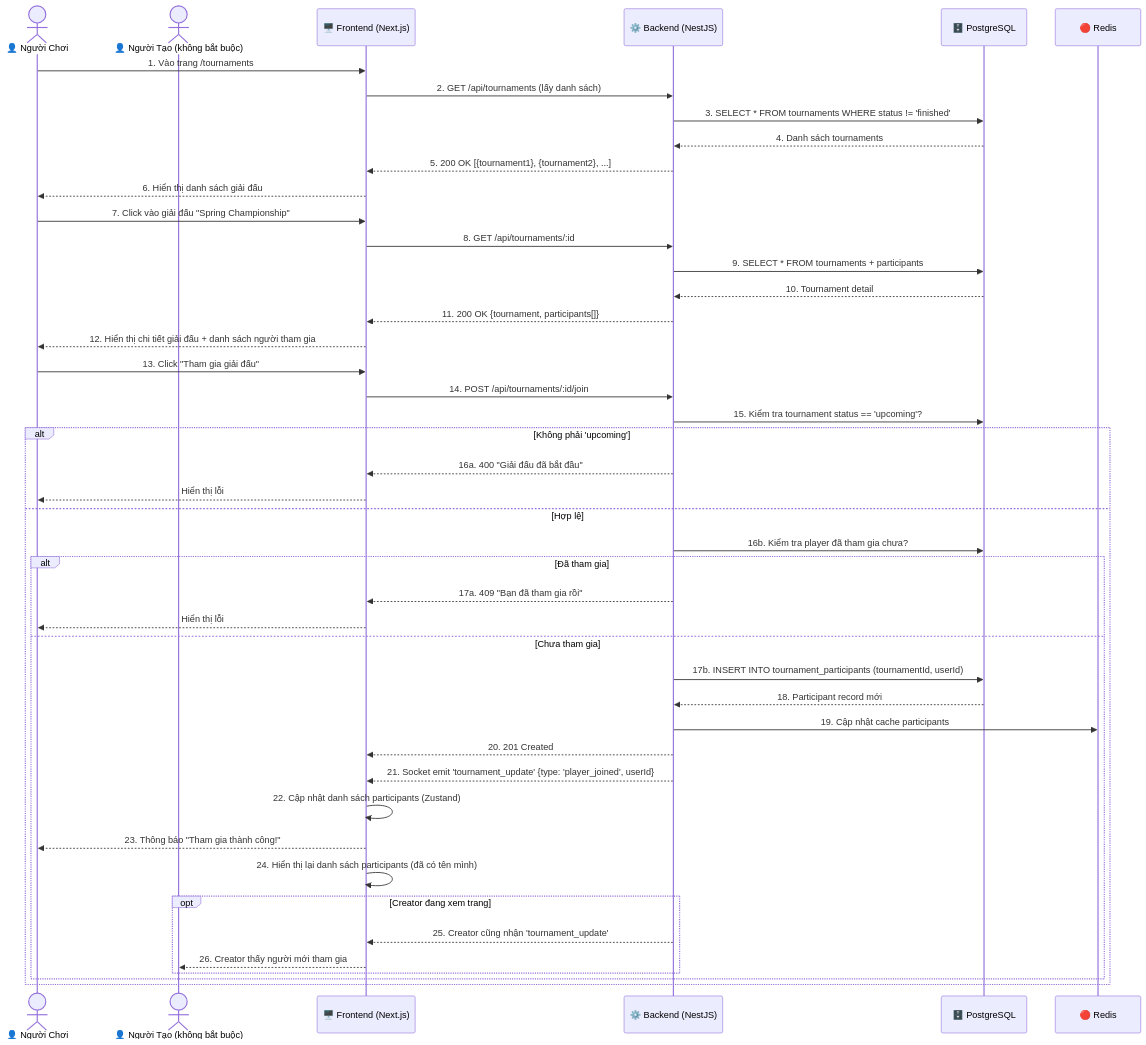
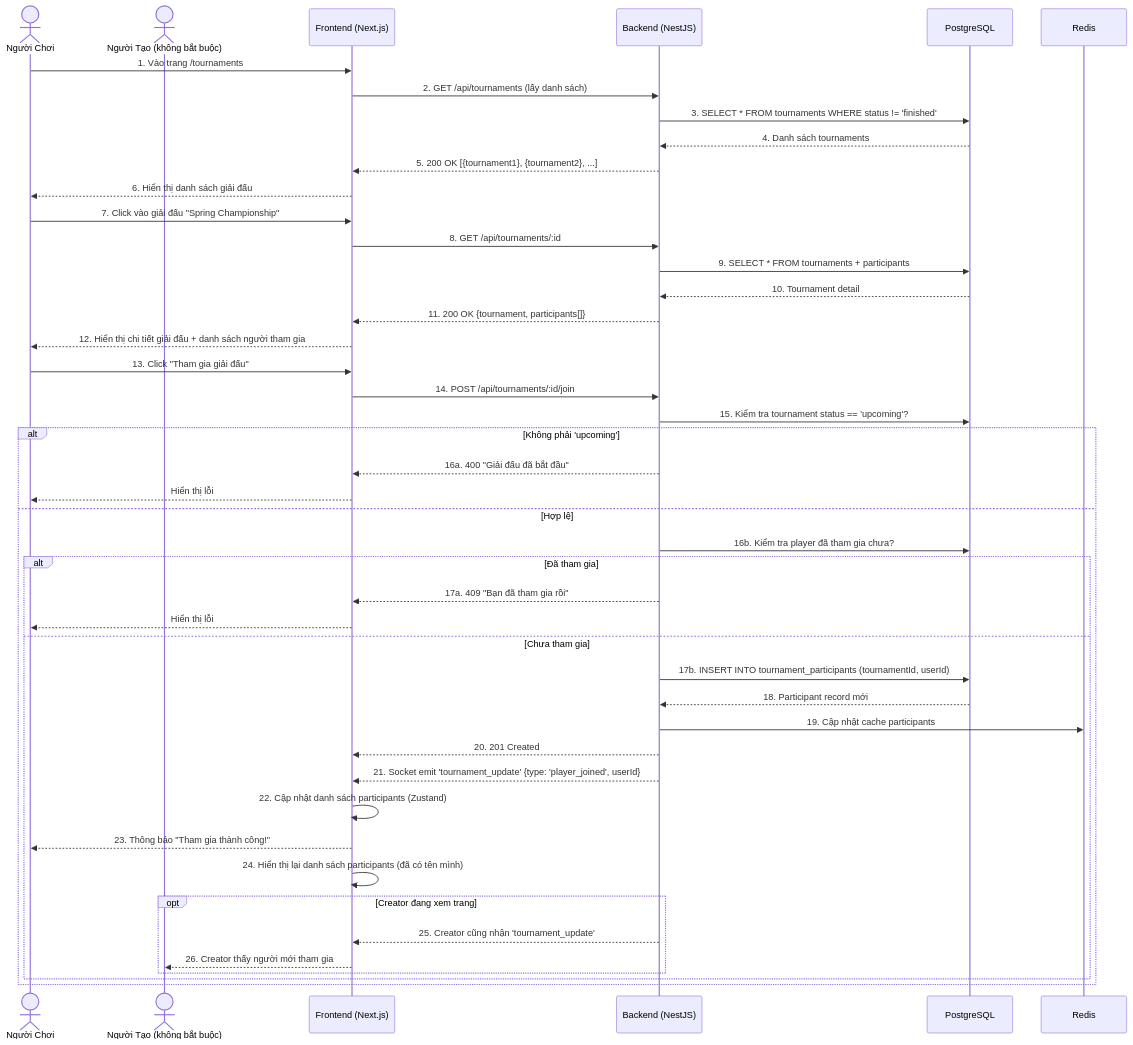
One commit to legiabao0907/web-chess-real-time changed diagram 11 of 22 in docs/sequence-diagrams.md. Above: the diagram before and after it, drawn with Mermaid. The commit also changed other lines of this file, not shown here.

````diff
--- a/docs/sequence-diagrams.md
+++ b/docs/sequence-diagrams.md
@@ -495,55 +495,55 @@
 ```mermaid
 sequenceDiagram
-    actor Player as 👤 Người Chơi
-    actor Creator as 👤 Người Tạo (không bắt buộc)
-    participant FE as 🖥️ Frontend (Next.js)
-    participant BE as ⚙️ Backend (NestJS)
-    participant PG as 🗄️ PostgreSQL
-    participant Redis as 🔴 Redis
+ actor Player as Người Chơi
+ actor Creator as Người Tạo (không bắt buộc)
+ participant FE as Frontend (Next.js)
+ participant BE as Backend (NestJS)
+ participant PG as PostgreSQL
+ participant Redis as Redis
 
-    Player->>FE: 1. Vào trang /tournaments
-    FE->>BE: 2. GET /api/tournaments (lấy danh sách)
-    BE->>PG: 3. SELECT * FROM tournaments WHERE status != 'finished'
-    PG-->>BE: 4. Danh sách tournaments
-    BE-->>FE: 5. 200 OK [{tournament1}, {tournament2}, ...]
-    FE-->>Player: 6. Hiển thị danh sách giải đấu
+ Player->>FE: 1. Vào trang /tournaments
+ FE->>BE: 2. GET /api/tournaments (lấy danh sách)
+ BE->>PG: 3. SELECT * FROM tournaments WHERE status != 'finished'
+ PG-->>BE: 4. Danh sách tournaments
+ BE-->>FE: 5. 200 OK [{tournament1}, {tournament2}, ...]
+ FE-->>Player: 6. Hiển thị danh sách giải đấu
 
-    Player->>FE: 7. Click vào giải đấu "Spring Championship"
-    FE->>BE: 8. GET /api/tournaments/:id
-    BE->>PG: 9. SELECT * FROM tournaments + participants
-    PG-->>BE: 10. Tournament detail
-    BE-->>FE: 11. 200 OK {tournament, participants[]}
-    FE-->>Player: 12. Hiển thị chi tiết giải đấu + danh sách người tham gia
+ Player->>FE: 7. Click vào giải đấu "Spring Championship"
+ FE->>BE: 8. GET /api/tournaments/:id
+ BE->>PG: 9. SELECT * FROM tournaments + participants
+ PG-->>BE: 10. Tournament detail
+ BE-->>FE: 11. 200 OK {tournament, participants[]}
+ FE-->>Player: 12. Hiển thị chi tiết giải đấu + danh sách người tham gia
 
-    Player->>FE: 13. Click "Tham gia giải đấu"
-    FE->>BE: 14. POST /api/tournaments/:id/join
+ Player->>FE: 13. Click "Tham gia giải đấu"
+ FE->>BE: 14. POST /api/tournaments/:id/join
 
-    BE->>PG: 15. Kiểm tra tournament status == 'upcoming'?
-    alt Không phải 'upcoming'
-        BE-->>FE: 16a. 400 "Giải đấu đã bắt đầu"
-        FE-->>Player: Hiển thị lỗi
-    else Hợp lệ
-        BE->>PG: 16b. Kiểm tra player đã tham gia chưa?
-        alt Đã tham gia
-            BE-->>FE: 17a. 409 "Bạn đã tham gia rồi"
-            FE-->>Player: Hiển thị lỗi
-        else Chưa tham gia
-            BE->>PG: 17b. INSERT INTO tournament_participants (tournamentId, userId)
-            PG-->>BE: 18. Participant record mới
-            BE->>Redis: 19. Cập nhật cache participants
-            BE-->>FE: 20. 201 Created
+ BE->>PG: 15. Kiểm tra tournament status == 'upcoming'?
+ alt Không phải 'upcoming'
+ BE-->>FE: 16a. 400 "Giải đấu đã bắt đầu"
+ FE-->>Player: Hiển thị lỗi
+ else Hợp lệ
+ BE->>PG: 16b. Kiểm tra player đã tham gia chưa?
+ alt Đã tham gia
+ BE-->>FE: 17a. 409 "Bạn đã tham gia rồi"
+ FE-->>Player: Hiển thị lỗi
+ else Chưa tham gia
+ BE->>PG: 17b. INSERT INTO tournament_participants (tournamentId, userId)
+ PG-->>BE: 18. Participant record mới
+ BE->>Redis: 19. Cập nhật cache participants
+ BE-->>FE: 20. 201 Created
 
-            %% Real-time notify
-            BE-->>FE: 21. Socket emit 'tournament_update' {type: 'player_joined', userId}
-            FE->>FE: 22. Cập nhật danh sách participants (Zustand)
+ %% Real-time notify
+ BE-->>FE: 21. Socket emit 'tournament_update' {type: 'player_joined', userId}
+ FE->>FE: 22. Cập nhật danh sách participants (Zustand)
 
-            FE-->>Player: 23. Thông báo "Tham gia thành công!"
-            FE->>FE: 24. Hiển thị lại danh sách participants (đã có tên mình)
+ FE-->>Player: 23. Thông báo "Tham gia thành công!"
+ FE->>FE: 24. Hiển thị lại danh sách participants (đã có tên mình)
 
-            opt Creator đang xem trang
-                BE-->>FE: 25. Creator cũng nhận 'tournament_update'
-                FE-->>Creator: 26. Creator thấy người mới tham gia
-            end
-        end
-    end
+ opt Creator đang xem trang
+ BE-->>FE: 25. Creator cũng nhận 'tournament_update'
+ FE-->>Creator: 26. Creator thấy người mới tham gia
+ end
+ end
+ end
 ```
````
